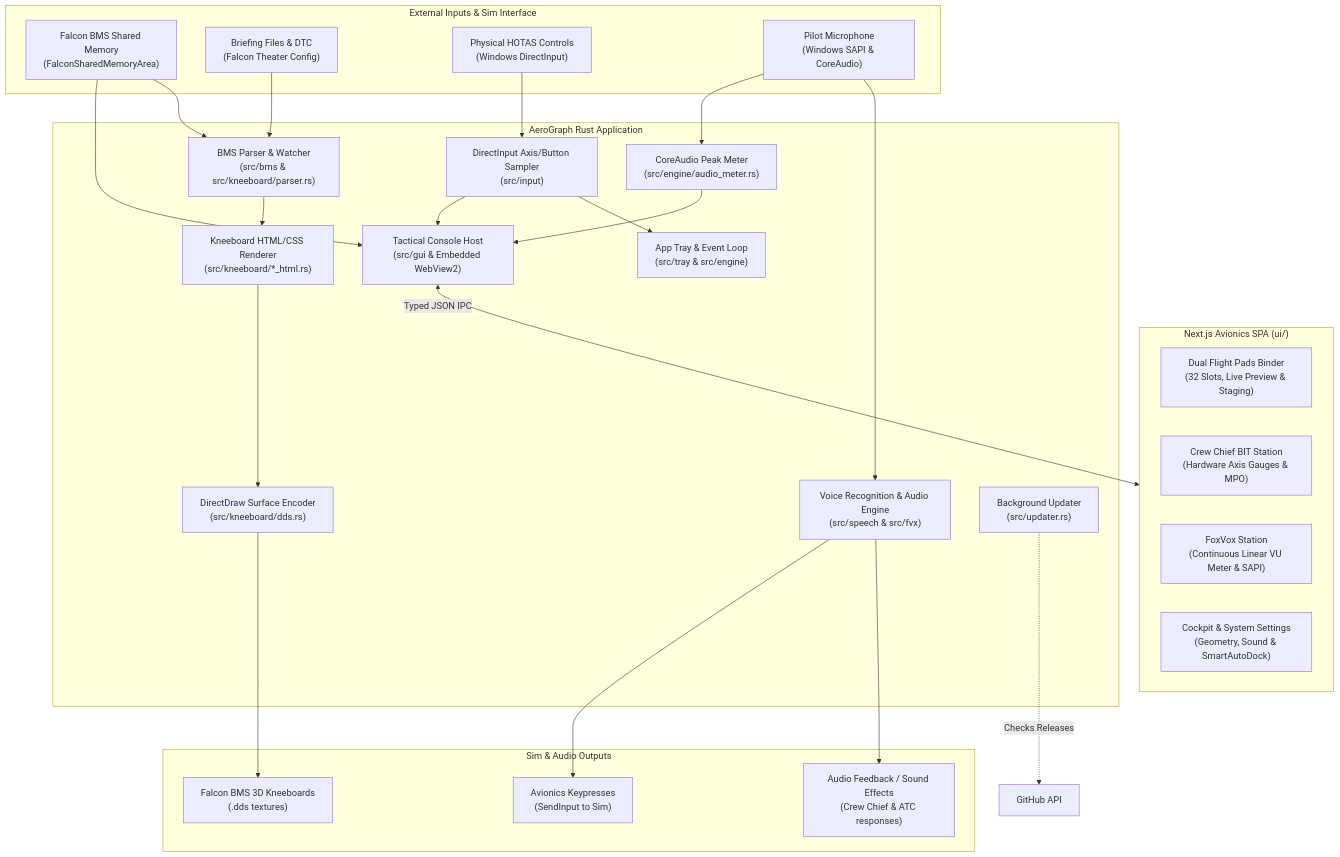
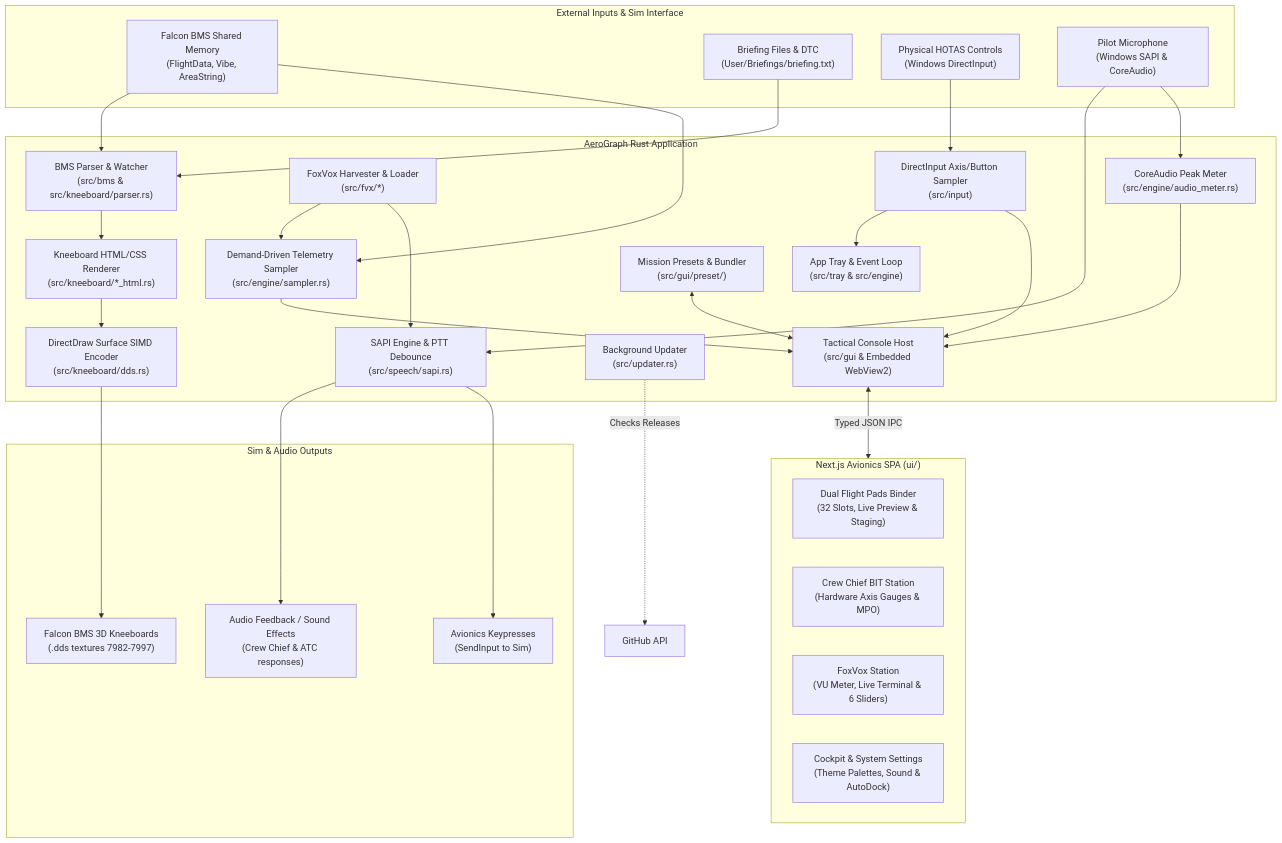
The diagram in docs/ARCHITECTURE.md (yagiziskirik/AeroGraph), drawn with Mermaid before and after one commit. The commit also changed other lines of this file and 1 other file, not shown here.

Commit message:
docs: align architecture documentation with demand-driven telemetry and SAPI calibration

````diff
--- a/docs/ARCHITECTURE.md
+++ b/docs/ARCHITECTURE.md
@@ -19,54 +19,61 @@
 ```mermaid
 flowchart TD
     subgraph SimAndHardware["External Inputs & Sim Interface"]
-        SM["Falcon BMS Shared Memory<br/>(FalconSharedMemoryArea)"]
-        BF["Briefing Files & DTC<br/>(Falcon Theater Config)"]
+        SM["Falcon BMS Shared Memory<br/>(FlightData, Vibe, AreaString)"]
+        BF["Briefing Files & DTC<br/>(User/Briefings/briefing.txt)"]
         DI["Physical HOTAS Controls<br/>(Windows DirectInput)"]
         MIC["Pilot Microphone<br/>(Windows SAPI & CoreAudio)"]
     end
 
     subgraph AeroGraphCore["AeroGraph Rust Application"]
         TR["App Tray & Event Loop<br/>(src/tray & src/engine)"]
         BP["BMS Parser & Watcher<br/>(src/bms & src/kneeboard/parser.rs)"]
+        SMP["Demand-Driven Telemetry Sampler<br/>(src/engine/sampler.rs)"]
         KR["Kneeboard HTML/CSS Renderer<br/>(src/kneeboard/*_html.rs)"]
-        DDS["DirectDraw Surface Encoder<br/>(src/kneeboard/dds.rs)"]
-        SP["Voice Recognition & Audio Engine<br/>(src/speech & src/fvx)"]
+        DDS["DirectDraw Surface SIMD Encoder<br/>(src/kneeboard/dds.rs)"]
+        SP["SAPI Engine & PTT Debounce<br/>(src/speech/sapi.rs)"]
+        FVX["FoxVox Harvester & Loader<br/>(src/fvx/*)"]
         AM["CoreAudio Peak Meter<br/>(src/engine/audio_meter.rs)"]
         INP["DirectInput Axis/Button Sampler<br/>(src/input)"]
+        PRS["Mission Presets & Bundler<br/>(src/gui/preset/)"]
         UP["Background Updater<br/>(src/updater.rs)"]
         GUI["Tactical Console Host<br/>(src/gui & Embedded WebView2)"]
     end
 
     subgraph FrontendSPA["Next.js Avionics SPA (ui/)"]
         BINDER["Dual Flight Pads Binder<br/>(32 Slots, Live Preview & Staging)"]
         BIT["Crew Chief BIT Station<br/>(Hardware Axis Gauges & MPO)"]
-        COMMS["FoxVox Station<br/>(Continuous Linear VU Meter & SAPI)"]
-        SYS["Cockpit & System Settings<br/>(Geometry, Sound & SmartAutoDock)"]
+        COMMS["FoxVox Station<br/>(VU Meter, Live Terminal & 6 Sliders)"]
+        SYS["Cockpit & System Settings<br/>(Theme Palettes, Sound & AutoDock)"]
     end
 
     subgraph Outputs["Sim & Audio Outputs"]
-        TEX["Falcon BMS 3D Kneeboards<br/>(.dds textures)"]
+        TEX["Falcon BMS 3D Kneeboards<br/>(.dds textures 7982-7997)"]
         SND["Audio Feedback / Sound Effects<br/>(Crew Chief & ATC responses)"]
         SIM_CMD["Avionics Keypresses<br/>(SendInput to Sim)"]
     end
 
     SM --> BP
-    SM --> GUI
+    SM --> SMP
+    SMP --> GUI
     BF --> BP
     BP --> KR
     KR --> DDS
     DDS --> TEX
 
     MIC --> SP
     MIC --> AM
     AM --> GUI
     SP --> SND
     SP --> SIM_CMD
+    FVX --> SMP
+    FVX --> SP
 
     DI --> INP
     INP --> TR
     INP --> GUI
 
     GUI <-->|Typed JSON IPC| FrontendSPA
+    PRS <--> GUI
     UP -.->|Checks Releases| GH["GitHub API"]
 ```
````
